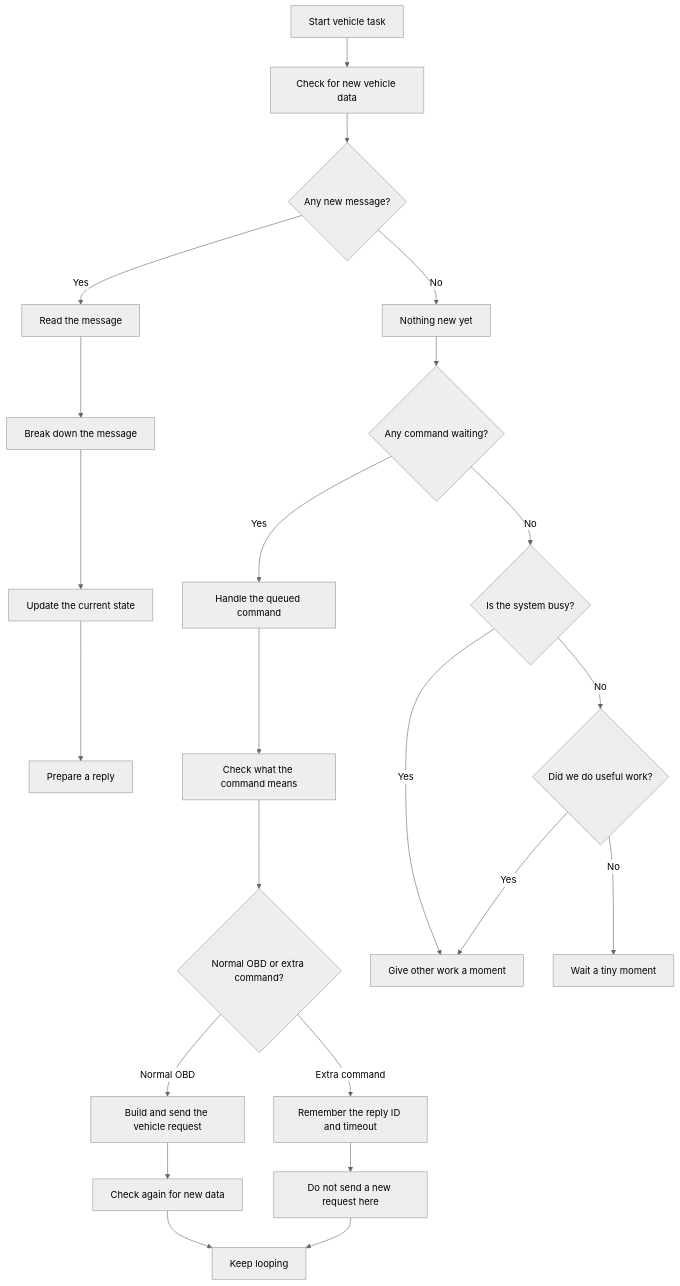
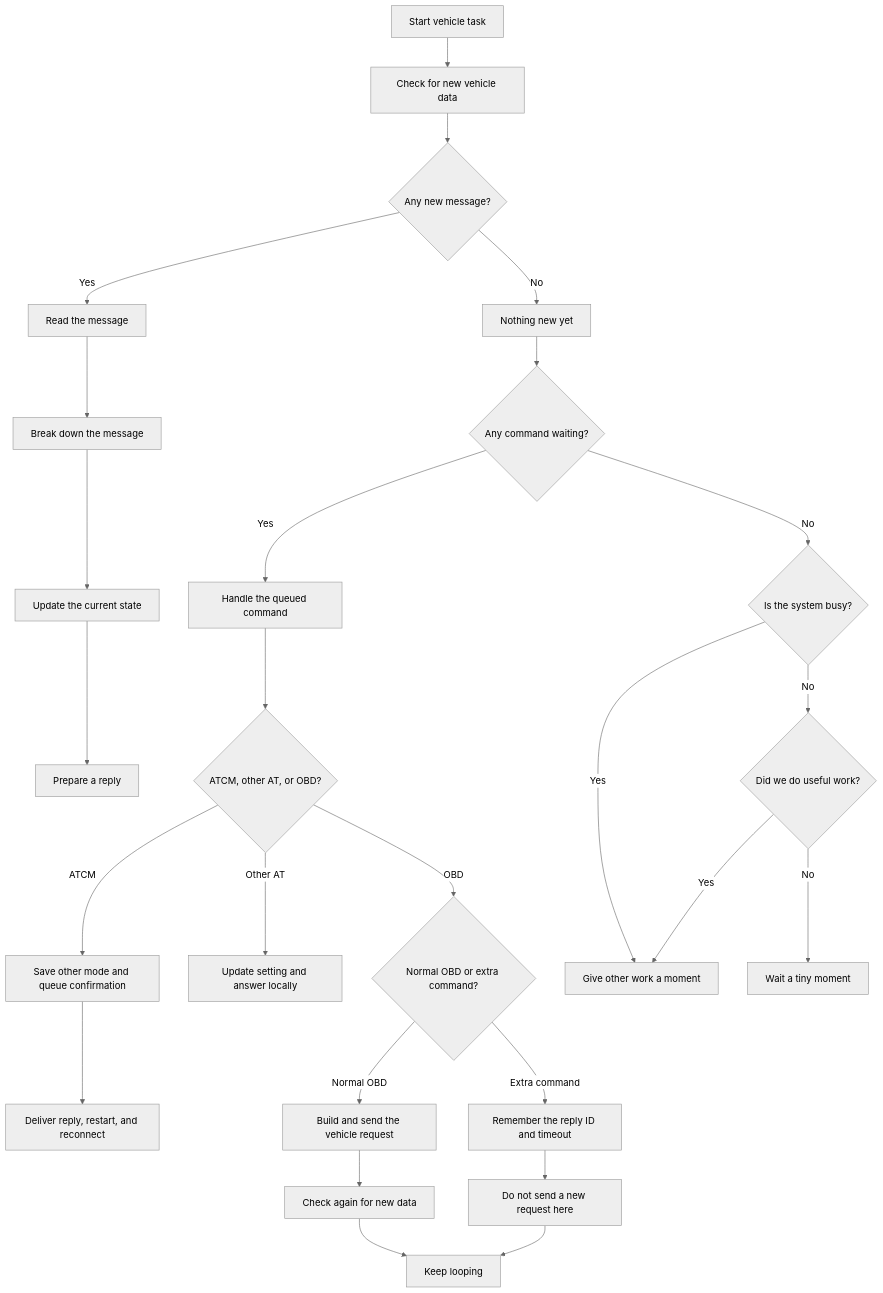
The third of 7 diagrams in OBD_BLE_FreeRTOS_C/flowchart_simple.md (ASTI-ITS/ITS-test), drawn with Mermaid (neutral theme) before and after one commit. The commit also changed other lines of this file and 1 other file, not shown here.

Commit message:
updated flowcharts to reflect change mode

````diff
--- a/OBD_BLE_FreeRTOS_C/flowchart_simple.md
+++ b/OBD_BLE_FreeRTOS_C/flowchart_simple.md
@@ -63,25 +57,28 @@
 ```mermaid
 graph TD
     A[Start vehicle task] --> B[Check for new vehicle data]
     B --> C{Any new message?}
     C -- Yes --> D[Read the message]
     D --> E[Break down the message]
     E --> F[Update the current state]
     F --> G[Prepare a reply]
     C -- No --> H[Nothing new yet]
     H --> I{Any command waiting?}
     I -- Yes --> J[Handle the queued command]
-    J --> K[Check what the command means]
-    K --> L{Normal OBD or extra command?}
+    J --> K{ATCM, other AT, or OBD?}
+    K -- ATCM --> AA[Save other mode and queue confirmation]
+    AA --> AB[Deliver reply, restart, and reconnect]
+    K -- Other AT --> AC[Update setting and answer locally]
+    K -- OBD --> L{Normal OBD or extra command?}
     L -- Normal OBD --> M[Build and send the vehicle request]
     M --> N[Check again for new data]
     N --> O[Keep looping]
-    L -- Extra command --> AA[Remember the reply ID and timeout]
-    AA --> AB[Do not send a new request here]
-    AB --> O
-    I -- No --> P{Is the system busy?}
-    P -- Yes --> Q[Give other work a moment]
-    P -- No --> R{Did we do useful work?}
-    R -- No --> S[Wait a tiny moment]
-    R -- Yes --> Q
+    L -- Extra command --> P[Remember the reply ID and timeout]
+    P --> Q[Do not send a new request here]
+    Q --> O
+    I -- No --> R{Is the system busy?}
+    R -- Yes --> S[Give other work a moment]
+    R -- No --> T{Did we do useful work?}
+    T -- No --> U[Wait a tiny moment]
+    T -- Yes --> S
 ```
````
